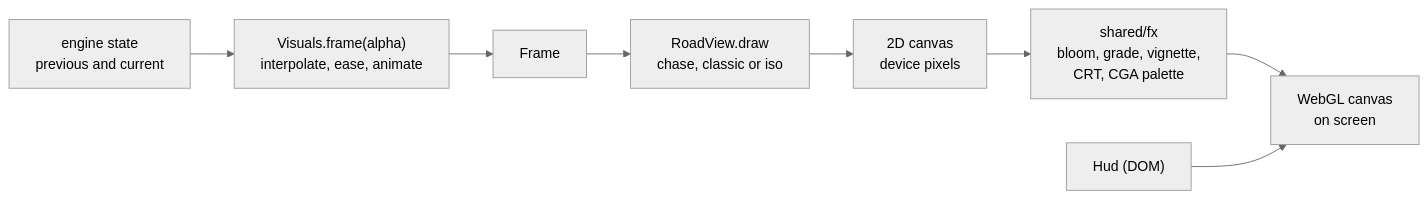
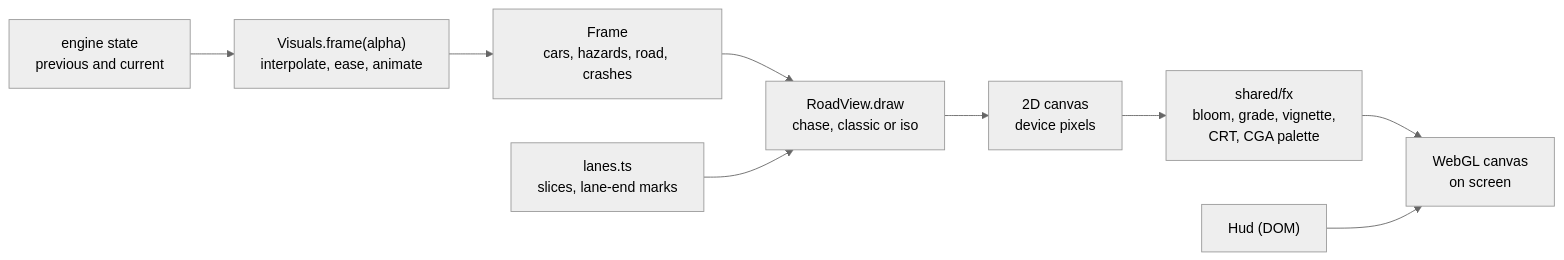
The seventh of 8 diagrams in ports/donkey-dash/docs/ARCHITECTURE.md (agunawijaya/NeoArcade), drawn with Mermaid (neutral theme) before and after one commit. The commit also changed other lines of this file and 101 other files, not shown here.

````diff
--- a/ports/donkey-dash/docs/ARCHITECTURE.md
+++ b/ports/donkey-dash/docs/ARCHITECTURE.md
@@ -272,10 +521,11 @@
 ```mermaid
 flowchart LR
   state["engine state<br/>previous and current"] --> visuals["Visuals.frame(alpha)<br/>interpolate, ease, animate"]
-  visuals --> frame["Frame"]
+  visuals --> frame["Frame<br/>cars, hazards, road, crashes"]
   frame --> view["RoadView.draw<br/>chase, classic or iso"]
+  lanes["lanes.ts<br/>slices, lane-end marks"] --> view
   view --> canvas["2D canvas<br/>device pixels"]
   canvas --> fx["shared/fx<br/>bloom, grade, vignette,<br/>CRT, CGA palette"]
   fx --> screen["WebGL canvas<br/>on screen"]
   hud["Hud (DOM)"] --> screen
 ```
````
